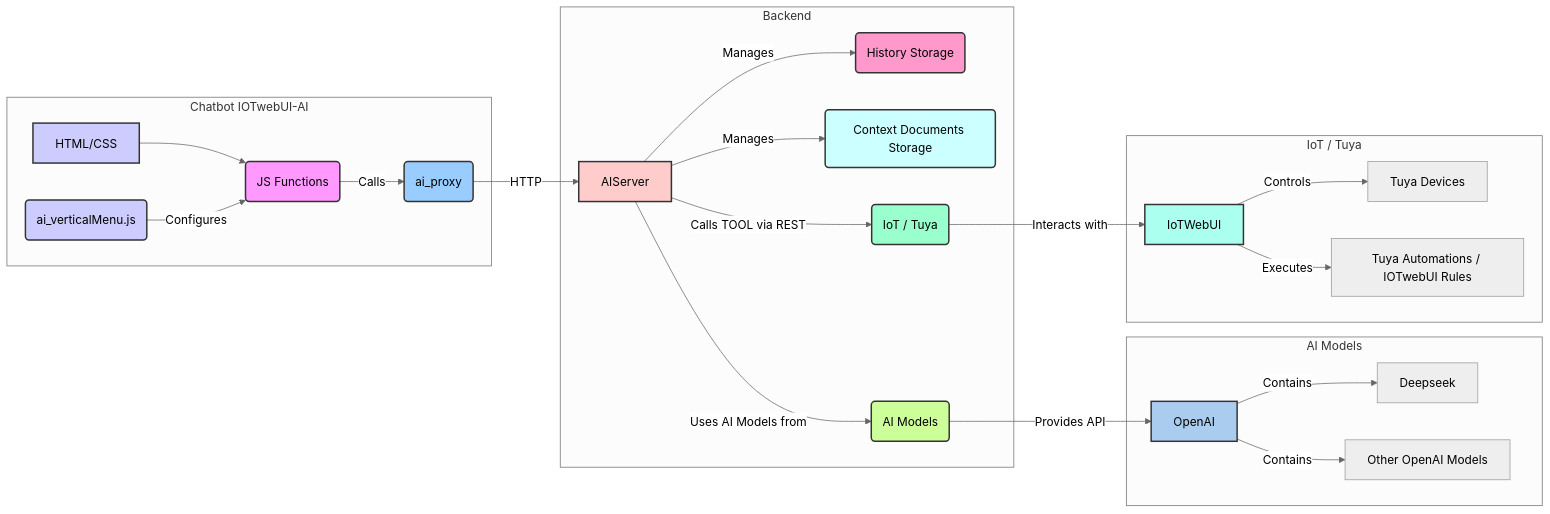
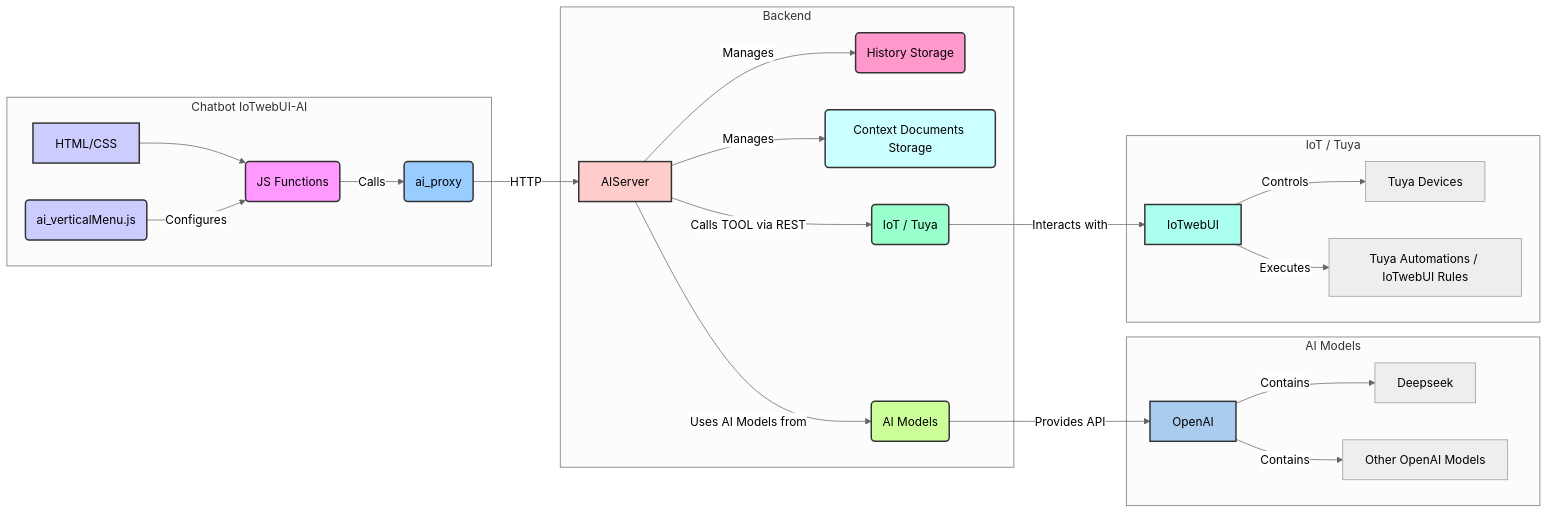
Before and after one commit to msillano/IoTwebUI: the diagram in IOTwebUI-AI/README.md, drawn with Mermaid. The commit also changed other lines of this file, not shown here.

````diff
--- a/IOTwebUI-AI/README.md
+++ b/IOTwebUI-AI/README.md
@@ -9,40 +9,40 @@
 ```mermaid
 %%{init: {'theme': 'neutral'}}%%
 graph LR
-    subgraph Chatbot IOTwebUI-AI
+    subgraph Chatbot IoTwebUI-AI
         style UI fill:#ccf,stroke:#333,stroke-width:2px
         style UI_JS fill:#f9f,stroke:#333,stroke-width:2px
         style UI_Menu fill:#ccf,stroke:#333,stroke-width:2px
         UI[HTML/CSS] --> UI_JS(JS Functions);
         UI_Menu(ai_verticalMenu.js) -- Configures --> UI_JS;
         UI_JS -- Calls --> Proxy(ai_proxy);
     end
 
     subgraph Backend
         style Proxy fill:#9cf,stroke:#333,stroke-width:2px
         style AIServer fill:#fcc,stroke:#333,stroke-width:2px
         style HistoryDB fill:#f9c,stroke:#333,stroke-width:2px
         style ContextFiles fill:#cff,stroke:#333,stroke-width:2px
         Proxy -- HTTP --> AIServer;
         AIServer -- Uses AI Models from --> AIModels(AI Models);
         AIServer -- Manages --> HistoryDB(History Storage);
         AIServer -- Manages --> ContextFiles(Context Documents Storage);
         AIServer -- Calls TOOL via REST --> IoT(IoT / Tuya);
     end
 
     subgraph AI Models
         style AIModels fill:#cf9,stroke:#333,stroke-width:2px
         style OpenAI fill:#ace,stroke:#333,stroke-width:2px
         AIModels -- Provides API --> OpenAI;
         OpenAI -- Contains --> Deepseek;
         OpenAI -- Contains --> GPTModels[Other OpenAI Models];
      end
 
     subgraph IoT / Tuya
         style IoT fill:#9fc,stroke:#333,stroke-width:2px
-        style IoTWebUI fill:#afe,stroke:#333,stroke-width:2px
-        IoT -- Interacts with --> IoTWebUI;
-        IoTWebUI -- Controls --> TuyaDevices[Tuya Devices];
-        IoTWebUI -- Executes --> TuyaAutomations[Tuya Automations / IOTwebUI Rules];
+        style IoTwebUI fill:#afe,stroke:#333,stroke-width:2px
+        IoT -- Interacts with --> IoTwebUI;
+        IoTwebUI -- Controls --> TuyaDevices[Tuya Devices];
+        IoTwebUI -- Executes --> TuyaAutomations[Tuya Automations / IoTwebUI Rules];
     end
 ```
````
